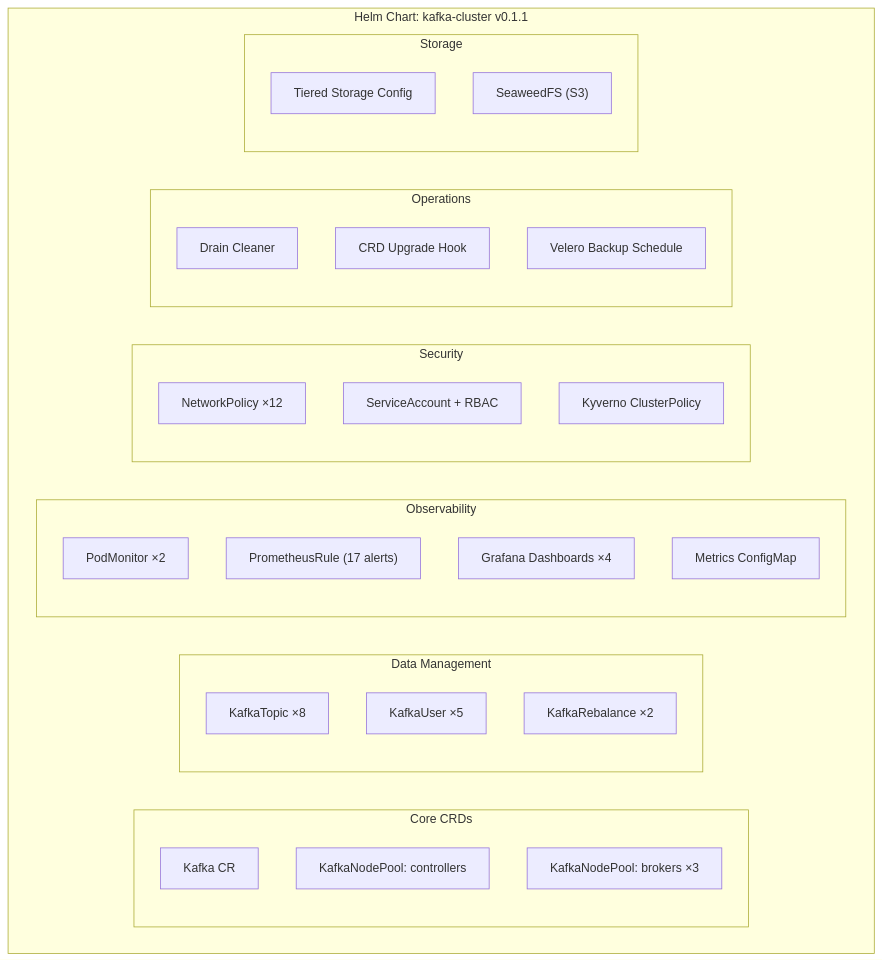
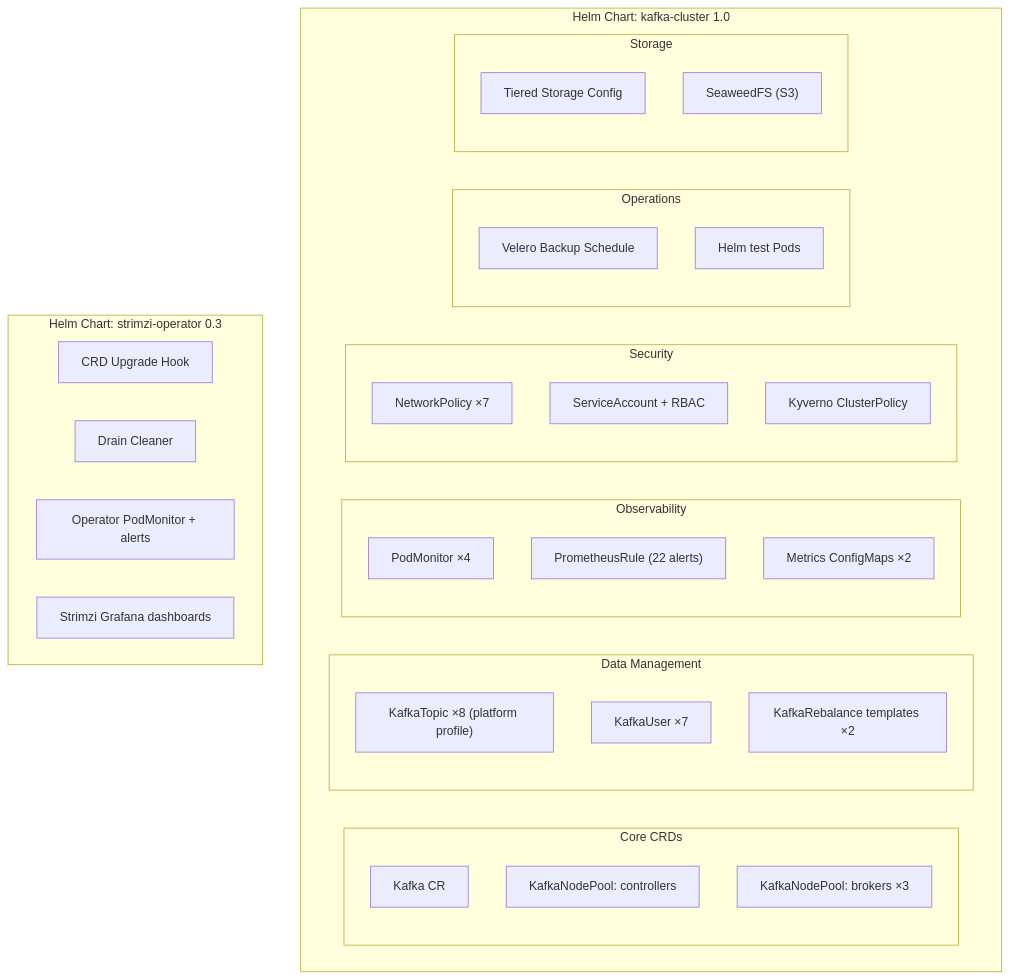
The second of 5 diagrams in docs/book/20-installation-guide.md (actions-marketplace-validations/bmscomp_kates), drawn with Mermaid before and after one commit. The commit also changed other lines of this file and 284 other files, not shown here.

````diff
--- a/docs/book/20-installation-guide.md
+++ b/docs/book/20-installation-guide.md
@@ -664,35 +863,39 @@
 ```mermaid
 graph TD
-    subgraph "Helm Chart: kafka-cluster v0.1.1"
+    subgraph "Helm Chart: kafka-cluster 1.0"
         subgraph "Core CRDs"
             KC["Kafka CR"]
             CNP["KafkaNodePool: controllers"]
             BNP["KafkaNodePool: brokers ×3"]
         end
         subgraph "Data Management"
-            T["KafkaTopic ×8"]
-            U["KafkaUser ×5"]
-            RB["KafkaRebalance ×2"]
+            T["KafkaTopic ×8 (platform profile)"]
+            U["KafkaUser ×7"]
+            RB["KafkaRebalance templates ×2"]
         end
         subgraph "Observability"
-            PM["PodMonitor ×2"]
-            PR["PrometheusRule (17 alerts)"]
-            GD["Grafana Dashboards ×4"]
-            MC["Metrics ConfigMap"]
+            PM["PodMonitor ×4"]
+            PR["PrometheusRule (22 alerts)"]
+            MC["Metrics ConfigMaps ×2"]
         end
         subgraph "Security"
-            NP["NetworkPolicy ×12"]
+            NP["NetworkPolicy ×7"]
             SA["ServiceAccount + RBAC"]
             KP["Kyverno ClusterPolicy"]
         end
         subgraph "Operations"
-            DC["Drain Cleaner"]
-            CRD["CRD Upgrade Hook"]
             BK["Velero Backup Schedule"]
+            RBAC2["Helm test Pods"]
         end
         subgraph "Storage"
             TS["Tiered Storage Config"]
             SW["SeaweedFS (S3)"]
         end
     end
+    subgraph "Helm Chart: strimzi-operator 0.3"
+        CRD["CRD Upgrade Hook"]
+        DC["Drain Cleaner"]
+        OPM["Operator PodMonitor + alerts"]
+        GD2["Strimzi Grafana dashboards"]
+    end
 ```
````
